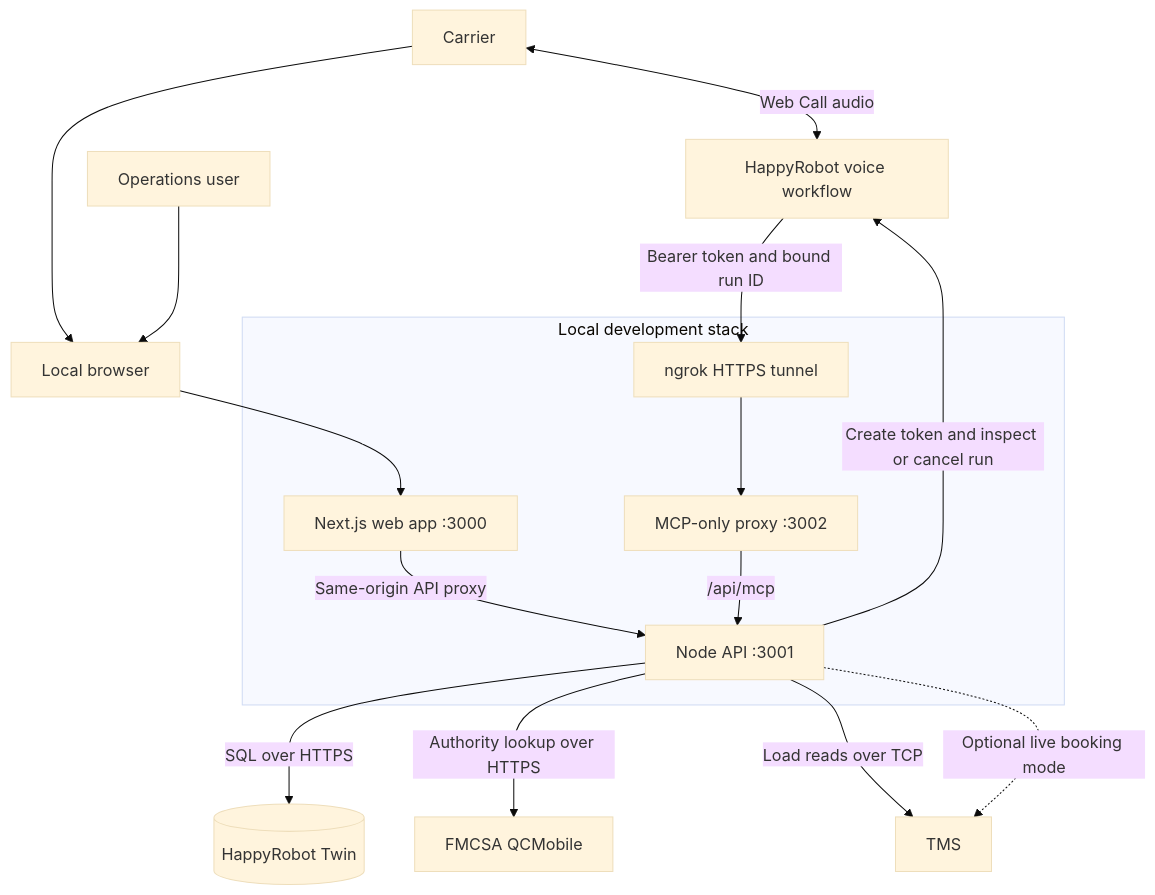
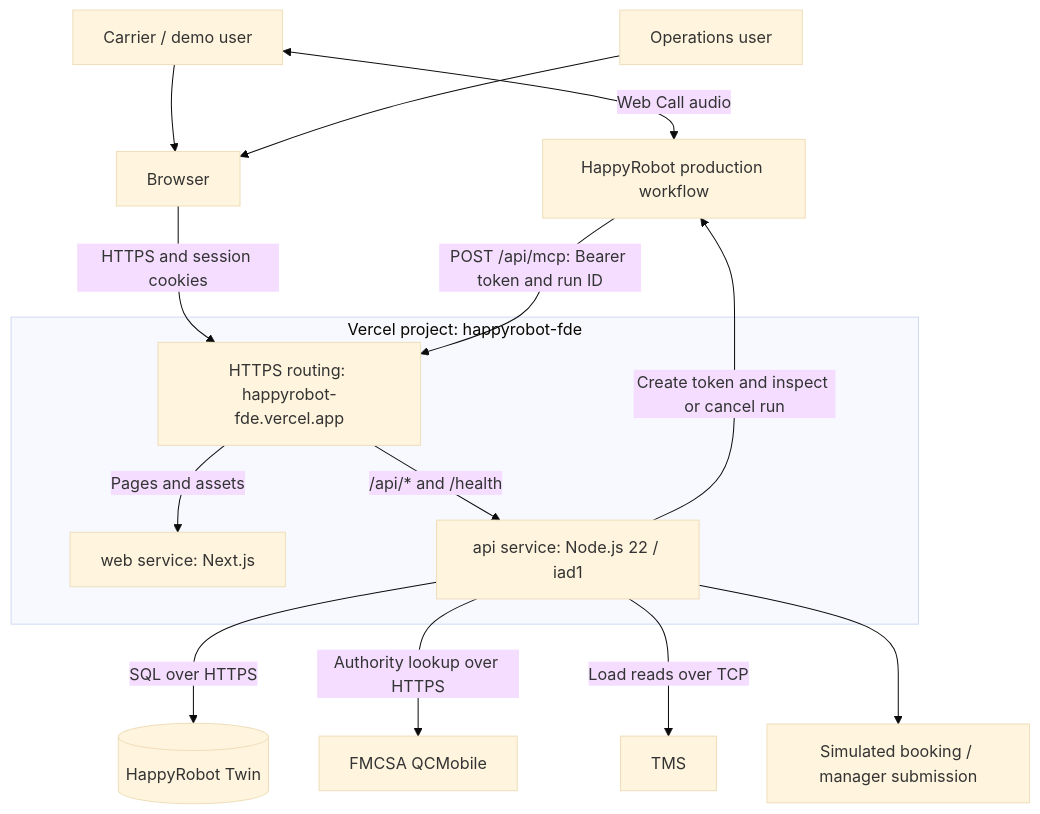
Before and after one commit to chalex-eth/happyrobot-fde: the first of 6 diagrams in docs/architecture.md, drawn with Mermaid (base theme). The commit also changed other lines of this file and 7 other files, not shown here.

````diff
--- a/docs/architecture.md
+++ b/docs/architecture.md
@@ -16,21 +17,20 @@
 ```mermaid
 flowchart TB
-  Caller[Carrier] <-->|Web Call audio| HR[HappyRobot voice workflow]
-  Caller --> Browser[Local browser]
+  Caller[Carrier / demo user] <-->|Web Call audio| HR[HappyRobot production workflow]
+  Caller --> Browser[Browser]
   Operator[Operations user] --> Browser
-  subgraph Local[Local development stack]
-    Web[Next.js web app :3000]
-    API[Node API :3001]
-    Proxy[MCP-only proxy :3002]
-    Tunnel[ngrok HTTPS tunnel]
-    Web -->|Same-origin API proxy| API
-    Tunnel --> Proxy -->|/api/mcp| API
+  subgraph Vercel[Vercel project: happyrobot-fde]
+    Router[HTTPS routing: happyrobot-fde.vercel.app]
+    Web[web service: Next.js]
+    API[api service: Node.js 22 / iad1]
+    Router -->|Pages and assets| Web
+    Router -->|/api/* and /health| API
   end
-  Browser --> Web
-  HR -->|Bearer token and bound run ID| Tunnel
+  Browser -->|HTTPS and session cookies| Router
+  HR -->|POST /api/mcp: Bearer token and run ID| Router
   API -->|Create token and inspect or cancel run| HR
   API -->|SQL over HTTPS| Twin[(HappyRobot Twin)]
   API -->|Authority lookup over HTTPS| FMCSA[FMCSA QCMobile]
   API -->|Load reads over TCP| TMS[TMS]
-  API -.->|Optional live booking mode| TMS
+  API --> Mock[Simulated booking / manager submission]
 ```
````
